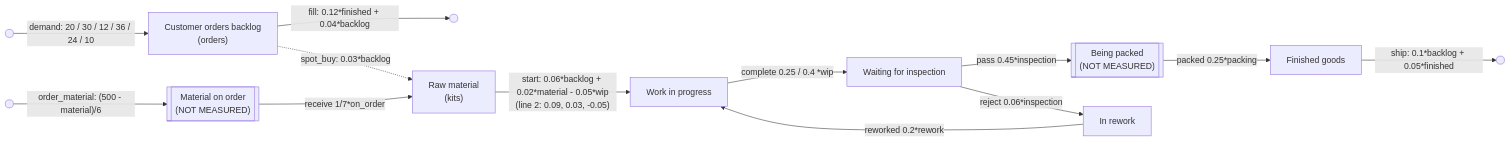
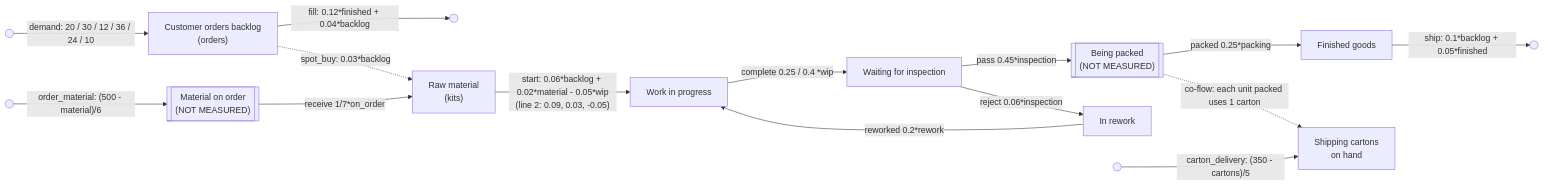
One commit to danroblewis/orchestra changed the diagram in sdlab/sdlab/examples/sd-manufacturing/README.md. Above: the diagram before and after it, drawn with Mermaid. The commit also changed other lines of this file and 128 other files, not shown here.

First line of the commit message:
Benchmark v2: co-flows and effects in the ground-truth examples

````diff
--- a/sdlab/sdlab/examples/sd-manufacturing/README.md
+++ b/sdlab/sdlab/examples/sd-manufacturing/README.md
@@ -18,15 +20,17 @@
 ```mermaid
 flowchart LR
   OUT1(( )) -- "demand: 20 / 30 / 12 / 36 / 24 / 10" --> backlog["Customer orders backlog<br/>(orders)"]
   backlog -- "fill: 0.12*finished + 0.04*backlog" --> OUT2(( ))
   OUT3(( )) -- "order_material: (500 - material)/6" --> on_order[["Material on order<br/>(NOT MEASURED)"]]
   on_order -- "receive 1/7*on_order" --> material["Raw material<br/>(kits)"]
   backlog -. "spot_buy: 0.03*backlog" .-> material
   material -- "start: 0.06*backlog + 0.02*material - 0.05*wip<br/>(line 2: 0.09, 0.03, -0.05)" --> wip["Work in progress"]
   wip -- "complete 0.25 / 0.4 *wip" --> inspection["Waiting for inspection"]
   inspection -- "pass 0.45*inspection" --> packing[["Being packed<br/>(NOT MEASURED)"]]
   packing -- "packed 0.25*packing" --> finished["Finished goods"]
   inspection -- "reject 0.06*inspection" --> rework["In rework"]
   rework -- "reworked 0.2*rework" --> wip
   finished -- "ship: 0.1*backlog + 0.05*finished" --> OUT4(( ))
+  OUT5(( )) -- "carton_delivery: (350 - cartons)/5" --> cartons["Shipping cartons<br/>on hand"]
+  packing -. "co-flow: each unit packed uses 1 carton" .-> cartons
 ```
````
